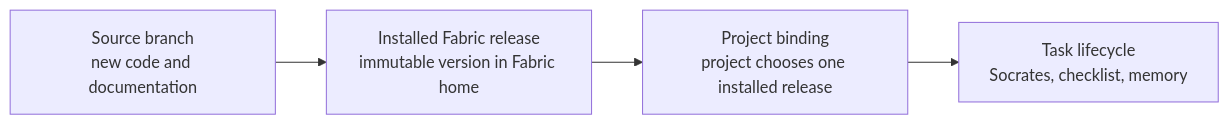
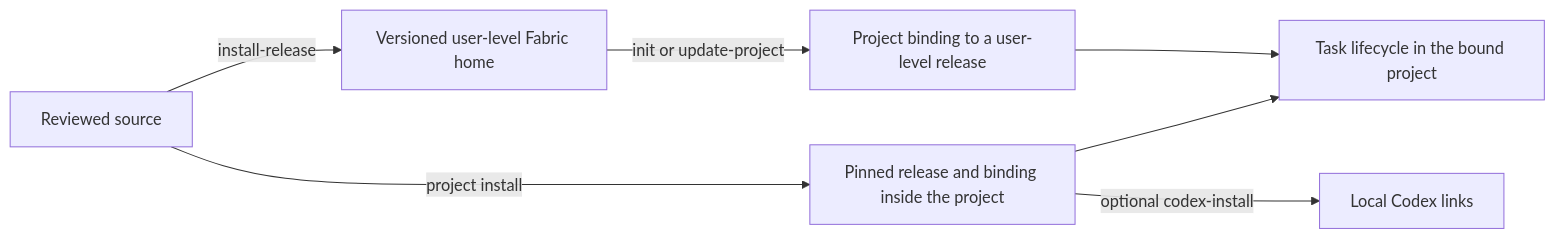
The first of 5 diagrams in docs/using-fabric.md (ale4ko69/ai-agent-fabric), drawn with Mermaid before and after one commit. The commit also changed other lines of this file and 22 other files, not shown here.

Commit message:
Keep project-only Fabric generated files out of Git changes

````diff
--- a/docs/using-fabric.md
+++ b/docs/using-fabric.md
@@ -61,6 +61,10 @@
 ```mermaid
 flowchart LR
-    source["Source branch\nnew code and documentation"] --> install["Installed Fabric release\nimmutable version in Fabric home"]
-    install --> binding["Project binding\nproject chooses one installed release"]
-    binding --> task["Task lifecycle\nSocrates, checklist, memory"]
+    source["Reviewed source"]
+    source -->|install-release| shared["Versioned user-level Fabric home"]
+    shared -->|init or update-project| binding["Project binding to a user-level release"]
+    source -->|project install| local["Pinned release and binding inside the project"]
+    local -->|optional codex-install| adapter["Local Codex links"]
+    binding --> task["Task lifecycle in the bound project"]
+    local --> task
 ```
````
